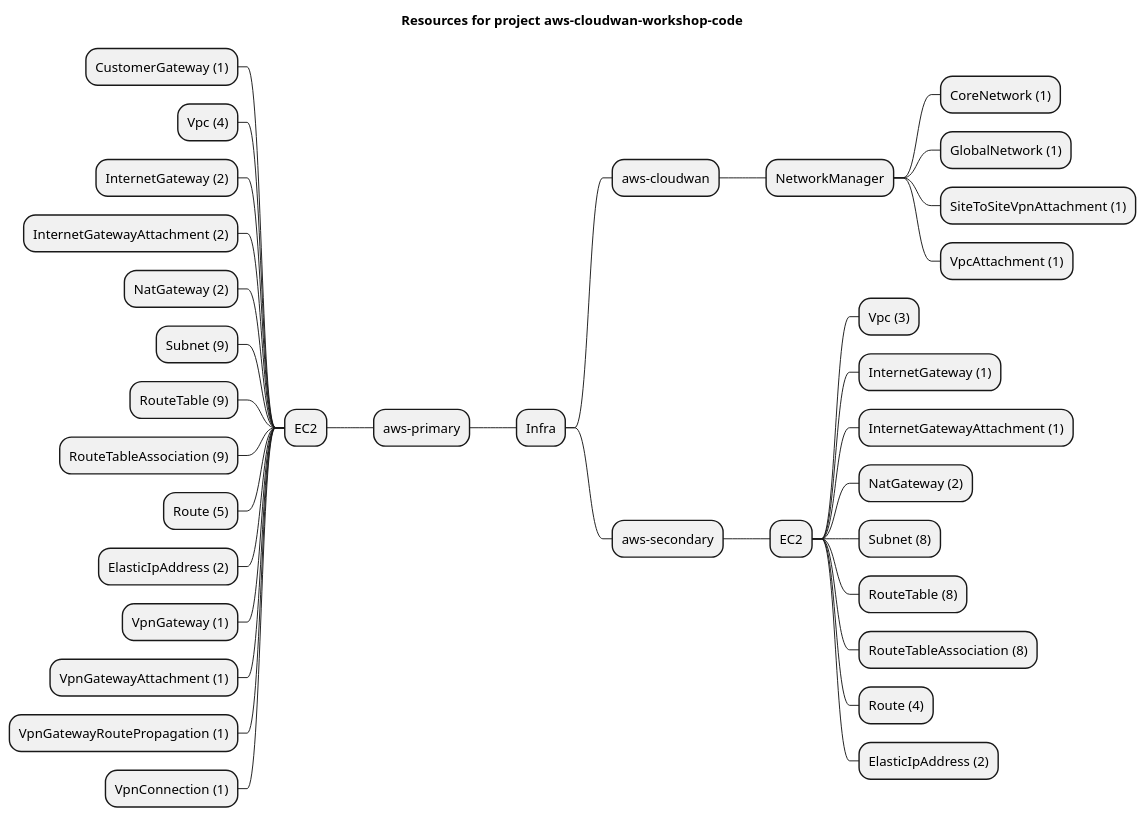
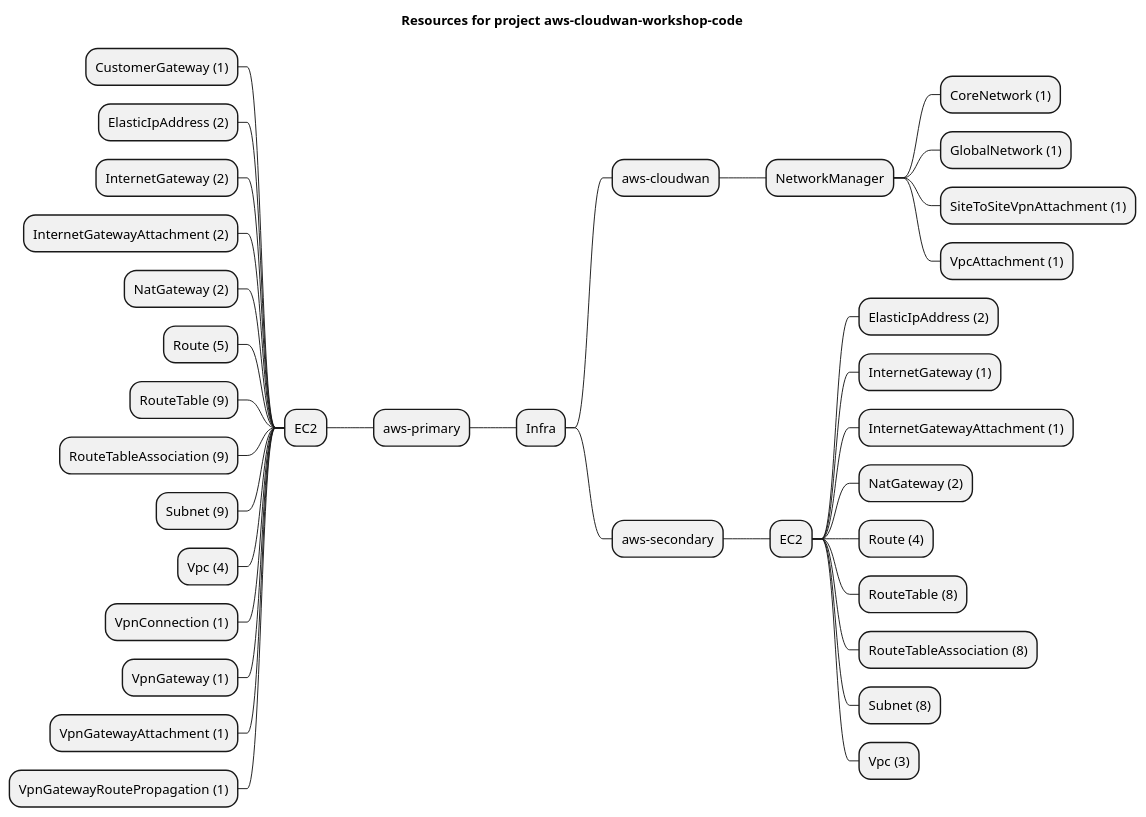
One commit to grucloud/grucloud changed the diagram in examples/aws/aws-samples/aws-cloudwan-workshop-code/artifacts/resources-mindmap.puml. Above: the diagram before and after it, drawn with PlantUML. The commit also changed other lines of this file and 34 other files, not shown here.

```diff
--- a/examples/aws/aws-samples/aws-cloudwan-workshop-code/artifacts/resources-mindmap.puml
+++ b/examples/aws/aws-samples/aws-cloudwan-workshop-code/artifacts/resources-mindmap.puml
@@ -1,38 +1,38 @@
 @startmindmap
 title Resources for project aws-cloudwan-workshop-code
 skinparam monochrome true
 + Infra
 ++ aws-cloudwan
 +++ NetworkManager
 ++++ CoreNetwork (1)
 ++++ GlobalNetwork (1)
 ++++ SiteToSiteVpnAttachment (1)
 ++++ VpcAttachment (1)
 -- aws-primary
 --- EC2
 ---- CustomerGateway (1)
----- Vpc (4)
+---- ElasticIpAddress (2)
 ---- InternetGateway (2)
 ---- InternetGatewayAttachment (2)
 ---- NatGateway (2)
----- Subnet (9)
+---- Route (5)
 ---- RouteTable (9)
 ---- RouteTableAssociation (9)
----- Route (5)
----- ElasticIpAddress (2)
+---- Subnet (9)
+---- Vpc (4)
+---- VpnConnection (1)
 ---- VpnGateway (1)
 ---- VpnGatewayAttachment (1)
 ---- VpnGatewayRoutePropagation (1)
----- VpnConnection (1)
 ++ aws-secondary
 +++ EC2
-++++ Vpc (3)
+++++ ElasticIpAddress (2)
 ++++ InternetGateway (1)
 ++++ InternetGatewayAttachment (1)
 ++++ NatGateway (2)
-++++ Subnet (8)
+++++ Route (4)
 ++++ RouteTable (8)
 ++++ RouteTableAssociation (8)
-++++ Route (4)
-++++ ElasticIpAddress (2)
+++++ Subnet (8)
+++++ Vpc (3)
 @endmindmap
```
